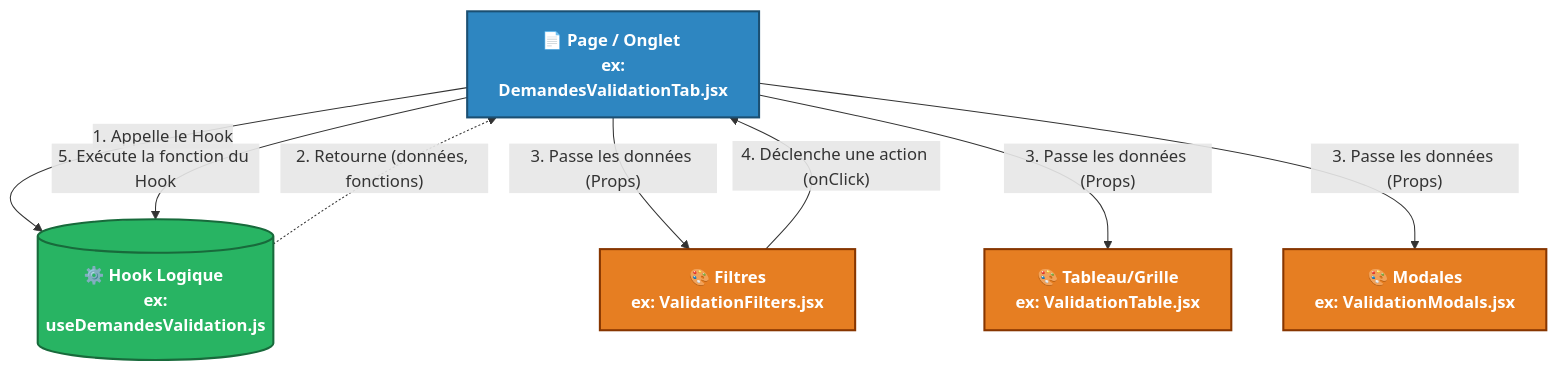
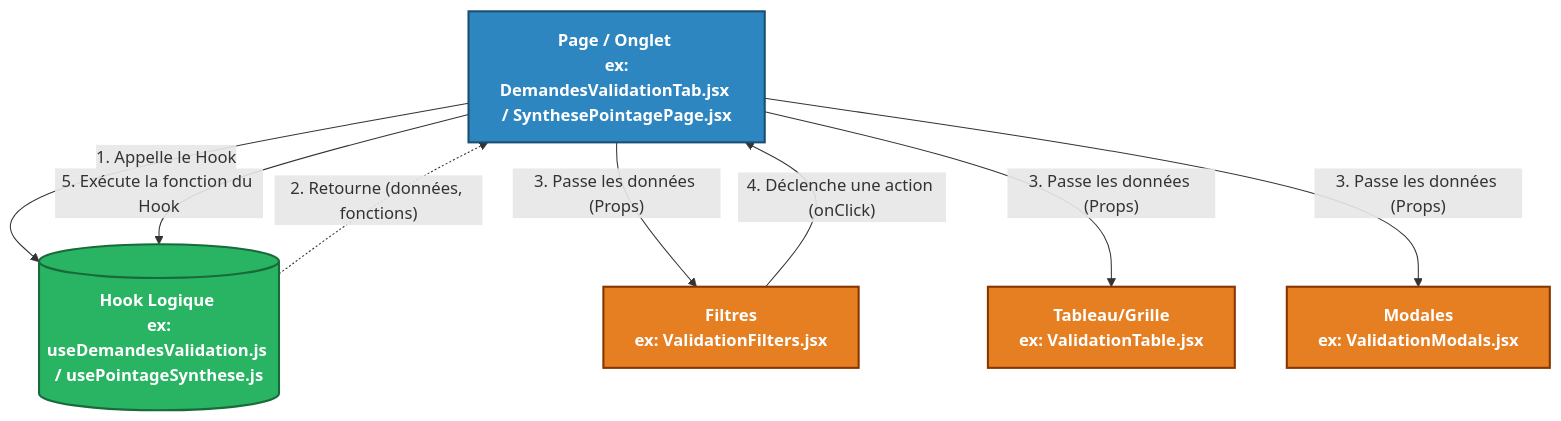
Before and after one commit to Tnyaina/GALAXAM-SIRH: the diagram in frontend/docs/ARCHITECTURE_GUIDE.md, drawn with Mermaid. The commit also changed other lines of this file and 23 other files, not shown here.

````diff
--- a/frontend/docs/ARCHITECTURE_GUIDE.md
+++ b/frontend/docs/ARCHITECTURE_GUIDE.md
@@ -11,28 +11,28 @@
 ```mermaid
 graph TD
     %% Couche 1 : Conteneur (Chef d'orchestre)
-    A[📄 Page / Onglet <br/> ex: DemandesValidationTab.jsx]:::page
+    A[Page / Onglet <br/> ex: DemandesValidationTab.jsx / SynthesePointagePage.jsx]:::page
   
     %% Couche 2 : Logique (Cerveau)
-    B[(⚙️ Hook Logique <br/> ex: useDemandesValidation.js)]:::hook
+    B[(Hook Logique <br/> ex: useDemandesValidation.js / usePointageSynthese.js)]:::hook
   
     %% Couche 3 : Interface Visuelle (Membres)
-    C[🎨 Filtres <br/> ex: ValidationFilters.jsx]:::ui
-    D[🎨 Tableau/Grille <br/> ex: ValidationTable.jsx]:::ui
-    E[🎨 Modales <br/> ex: ValidationModals.jsx]:::ui
+    C[Filtres <br/> ex: ValidationFilters.jsx]:::ui
+    D[Tableau/Grille <br/> ex: ValidationTable.jsx]:::ui
+    E[Modales <br/> ex: ValidationModals.jsx]:::ui
 
     %% Relations
     A -- "1. Appelle le Hook" --> B
     B -. "2. Retourne (données, fonctions)" .-> A
   
     A -- "3. Passe les données (Props)" --> C
     A -- "3. Passe les données (Props)" --> D
     A -- "3. Passe les données (Props)" --> E
   
     C -- "4. Déclenche une action (onClick)" --> A
     A -- "5. Exécute la fonction du Hook" --> B
 
     classDef page fill:#2E86C1,stroke:#1B4F72,stroke-width:2px,color:#fff,font-weight:bold
     classDef hook fill:#28B463,stroke:#186A3B,stroke-width:2px,color:#fff,font-weight:bold
     classDef ui fill:#E67E22,stroke:#873600,stroke-width:2px,color:#fff,font-weight:bold
 ```
````
